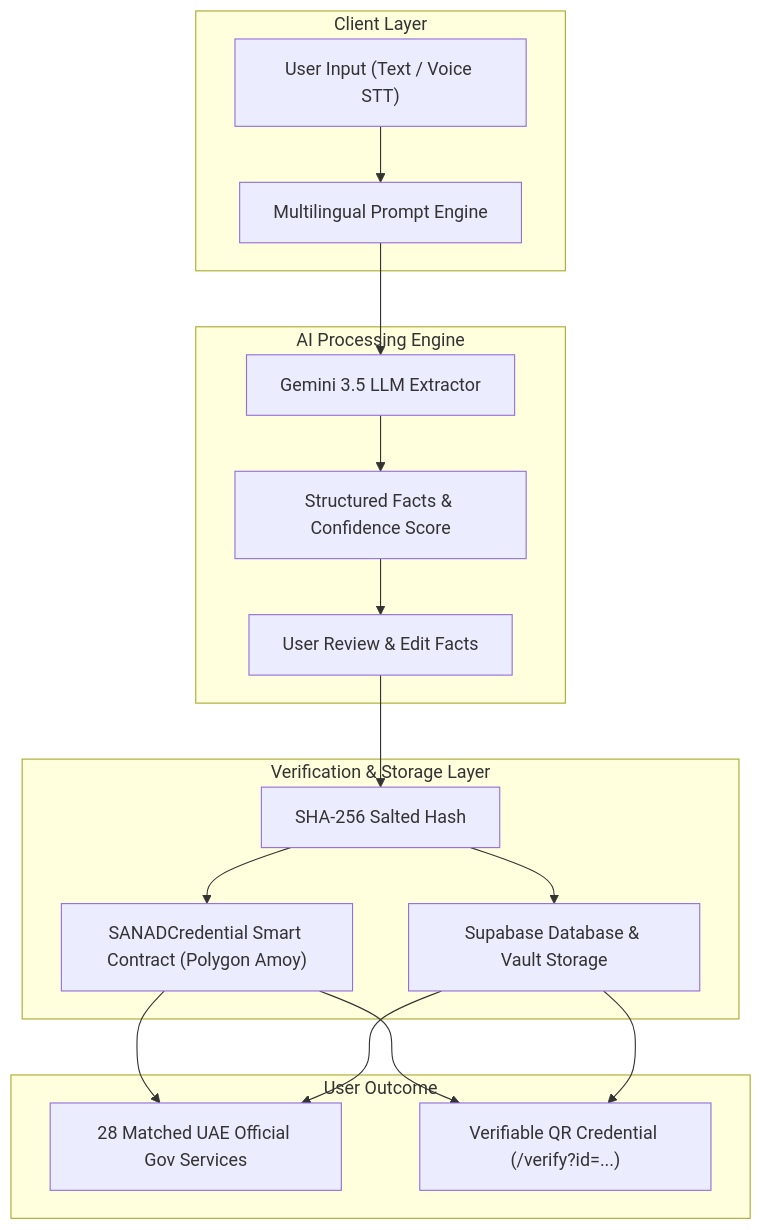
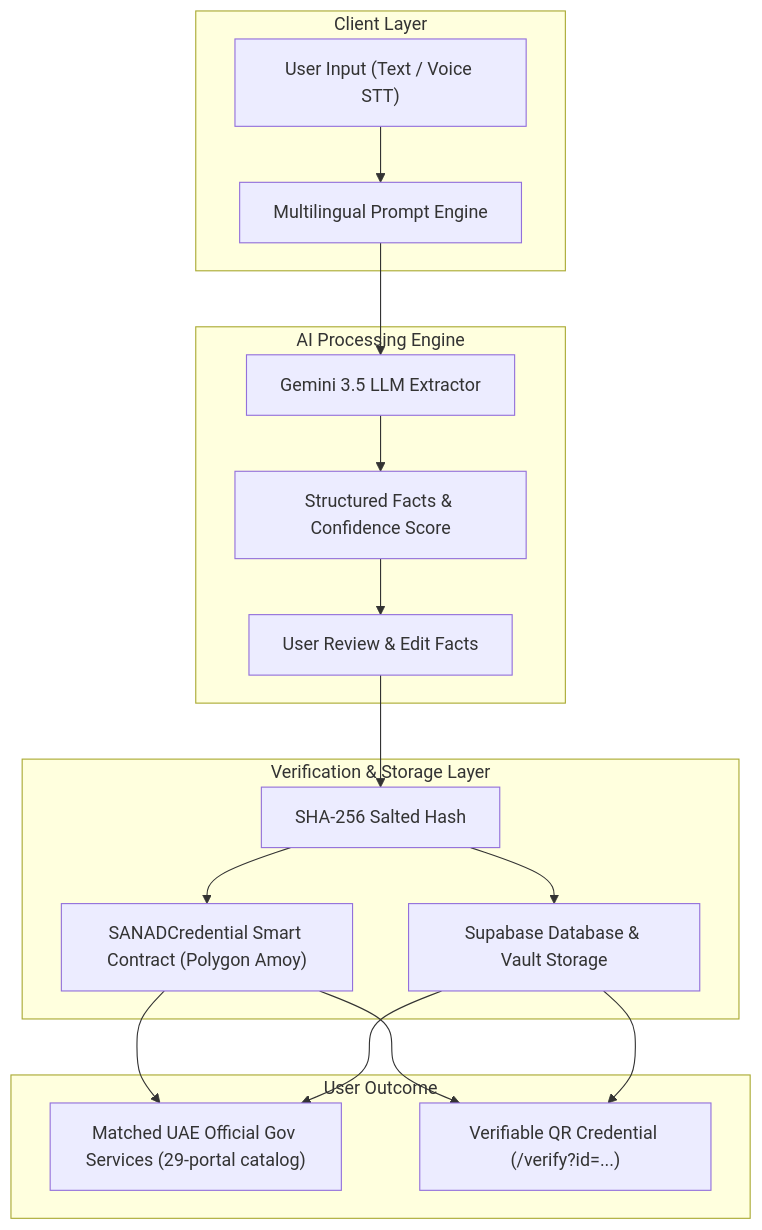
The diagram in README.md (maria-mustafa-b/sanad), drawn with Mermaid before and after one commit. The commit also changed other lines of this file and 29 other files, not shown here.

````diff
--- a/README.md
+++ b/README.md
@@ -42,23 +43,23 @@
 ```mermaid
 flowchart TD
     subgraph Client Layer
         A["User Input (Text / Voice STT)"] --> B["Multilingual Prompt Engine"]
     end
 
     subgraph AI Processing Engine
         B --> C["Gemini 3.5 LLM Extractor"]
         C --> D["Structured Facts & Confidence Score"]
         D --> E["User Review & Edit Facts"]
     end
 
     subgraph Verification & Storage Layer
         E --> F["SHA-256 Salted Hash"]
         F --> G["SANADCredential Smart Contract (Polygon Amoy)"]
         F --> H["Supabase Database & Vault Storage"]
     end
 
     subgraph User Outcome
-        G & H --> I["28 Matched UAE Official Gov Services"]
+        G & H --> I["Matched UAE Official Gov Services (29-portal catalog)"]
         G & H --> J["Verifiable QR Credential (/verify?id=...)"]
     end
 ```
````
